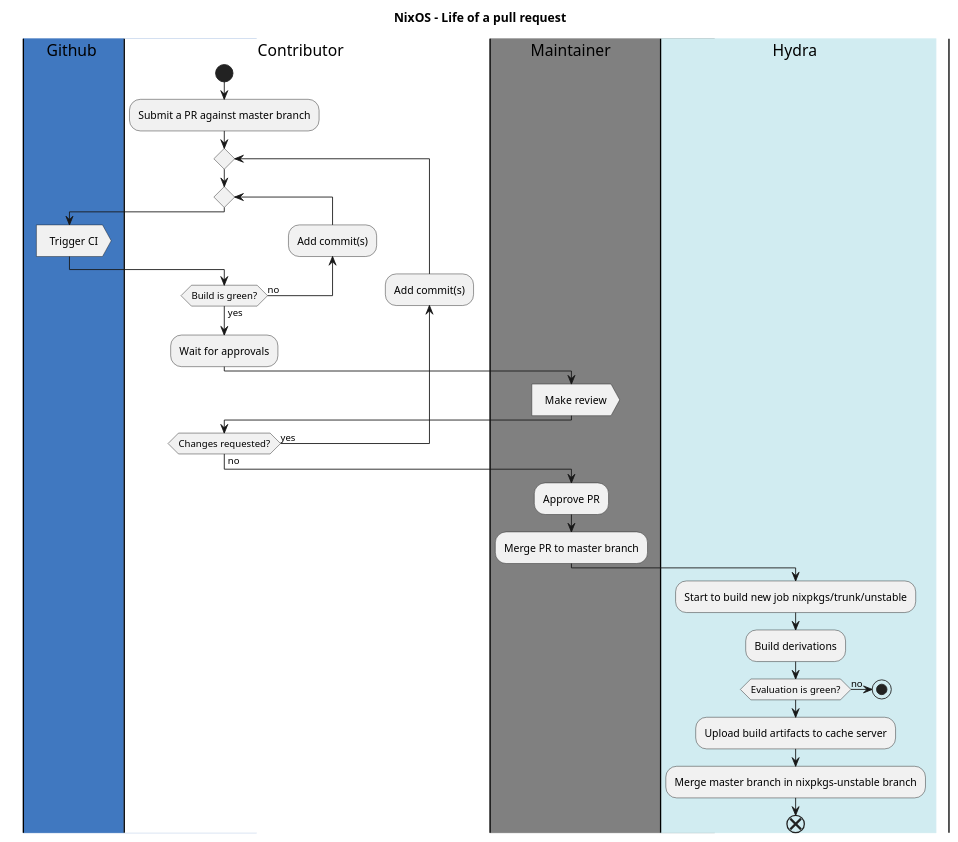
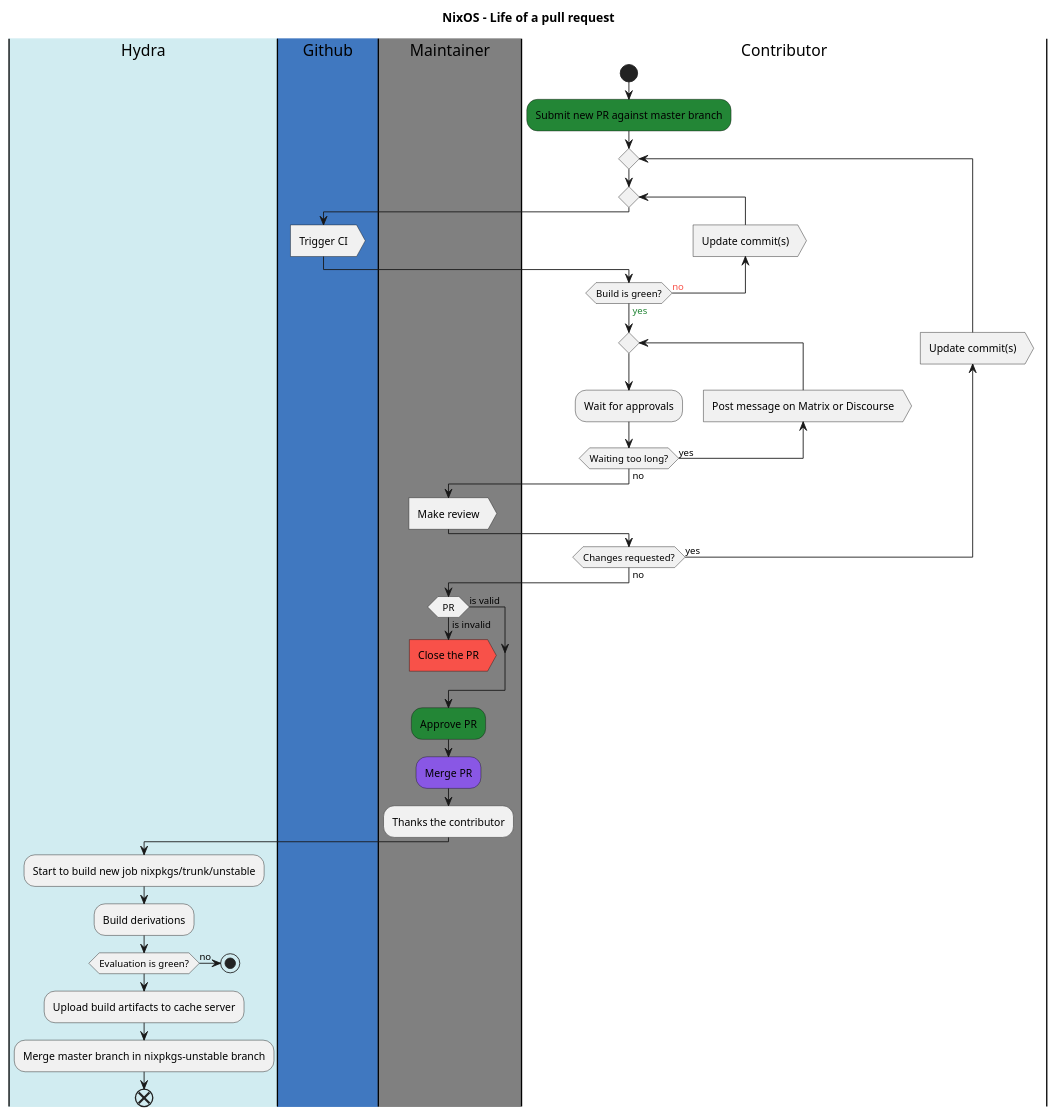
Before and after one commit to drupol/nixos-processes: the diagram in src/life-of-a-pr.plantuml, drawn with PlantUML.

Commit message:
Update `Life of a PR`.
* Add colors
* Change the swimlanes order

```diff
--- a/src/life-of-a-pr.plantuml
+++ b/src/life-of-a-pr.plantuml
@@ -1,48 +1,54 @@
 @startuml Nixos - Life of a pull request
-skinparam defaultTextAlignment center
-skinparam swimlaneWidth same
-skinparam linetype polyline
-skinparam linetype ortho
 
 title NixOS - Life of a pull request
 
+|#d1ecf1|Hydra|
 |#4078c0|Github|
+|#grey|Maintainer|
 |#white|Contributor|
-|#grey|Maintainer|
-|#d1ecf1|Hydra|
 
 |Contributor|
 start
-  :Submit a PR against master branch;
+  #238636:Submit new PR against master branch;
 
   repeat
     repeat
-      backward :Add commit(s);
+      backward :Update commit(s)>
       |Github|
       :Trigger CI>
       |Contributor|
-    repeat while (Build is green?) is (no) not (yes)
+    repeat while (Build is green?) is (<color:#f85149>no) not (<color:#238636>yes)
+
+    repeat
     :Wait for approvals;
+    backward :Post message on Matrix or Discourse>
+    repeat while (Waiting too long?) is (yes) not (no)
     |Maintainer|
     :Make review>
-  |Contributor|
-  backward :Add commit(s);
+    |Contributor|
+    backward :Update commit(s)>
   repeat while (Changes requested?) is (yes) not (no)
   |Maintainer|
-  :Approve PR;
+  if (PR) is (is invalid) then
+    #f85149:Close the PR>
+    kill
+  else (is valid)
+  endif
+  #238636:Approve PR;
 
   |Maintainer|
-  :Merge PR to master branch;
+  #8957e5:Merge PR;
+  :Thanks the contributor;
 
   |Hydra|
   :Start to build new job nixpkgs/trunk/unstable;
   :Build derivations;
 
   if (Evaluation is green?) is (no) then
   stop
   endif
 
   :Upload build artifacts to cache server;
   :Merge master branch in nixpkgs-unstable branch;
 end
 @enduml
```
